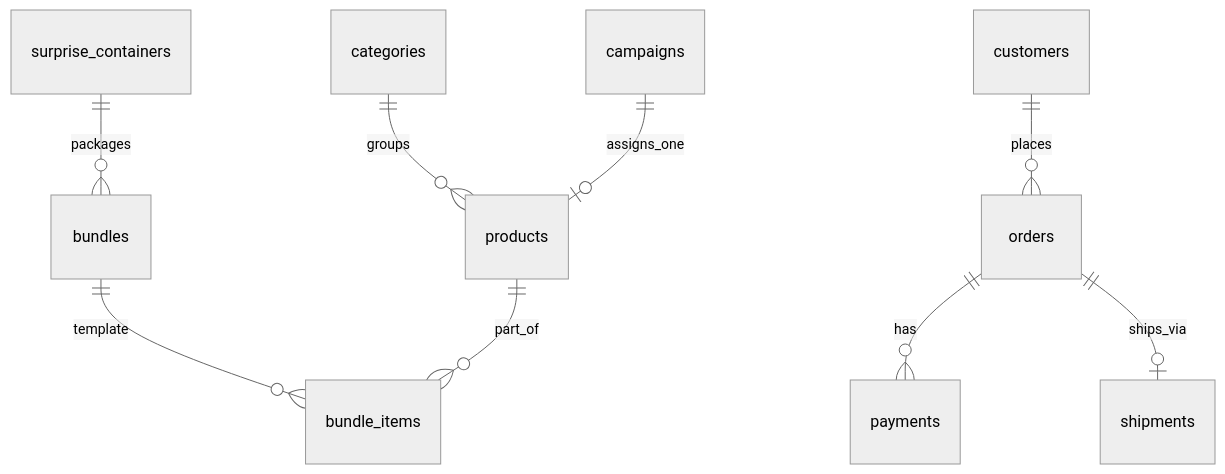
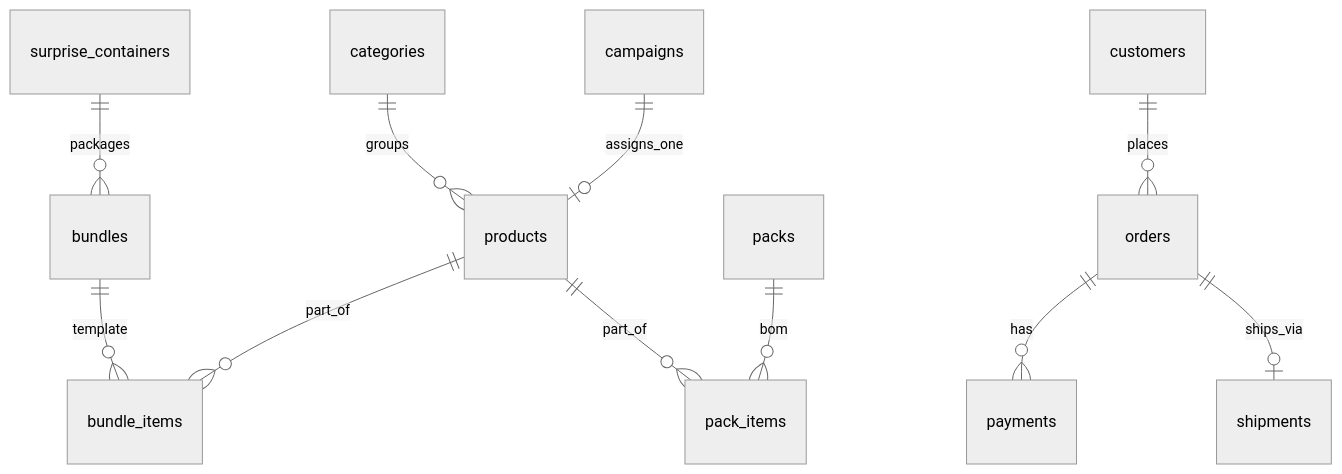
Before and after one commit to Emilio0308/de-tin-marin: the diagram in docs/database.md, drawn with Mermaid (neutral theme). The commit also changed other lines of this file and 119 other files, not shown here.

````diff
--- a/docs/database.md
+++ b/docs/database.md
@@ -296,11 +320,13 @@
 ```mermaid
 erDiagram
   categories ||--o{ products : groups
   campaigns ||--o| products : assigns_one
   surprise_containers ||--o{ bundles : packages
   bundles ||--o{ bundle_items : template
   products ||--o{ bundle_items : part_of
+  packs ||--o{ pack_items : bom
+  products ||--o{ pack_items : part_of
   customers ||--o{ orders : places
   orders ||--o{ payments : has
   orders ||--o| shipments : ships_via
 ```
````
